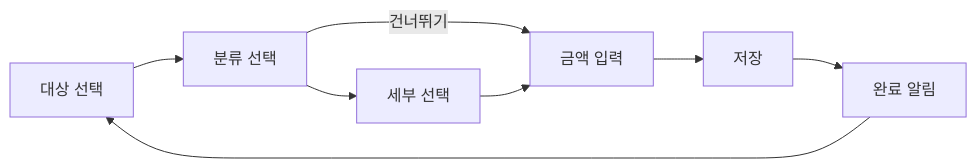
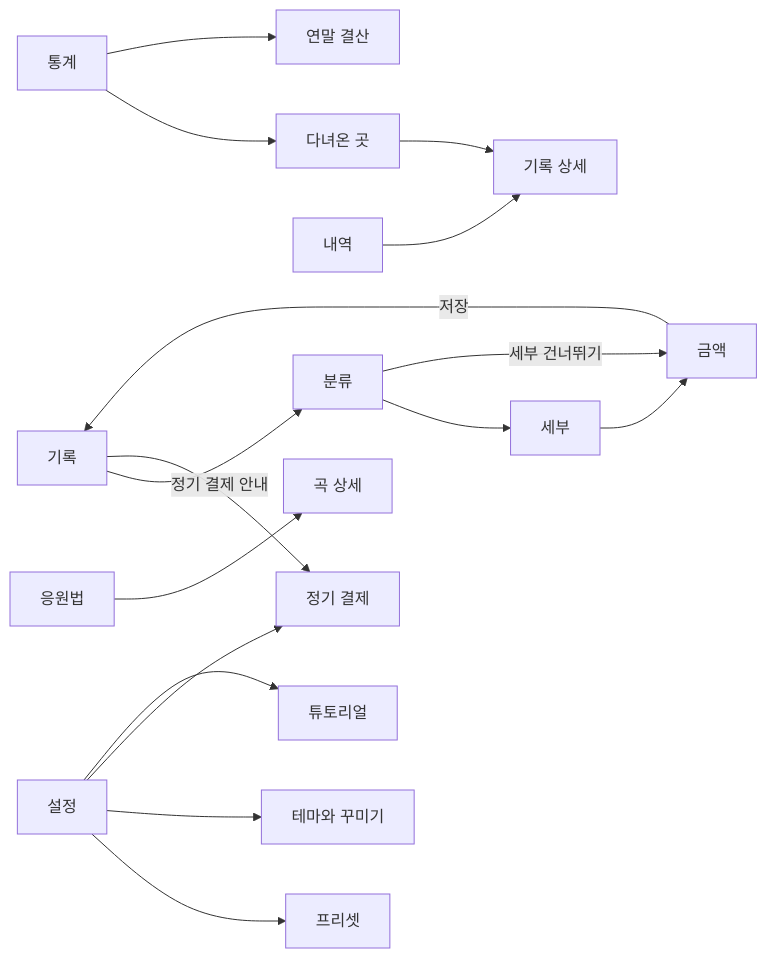
The second of 2 diagrams in STORYBOARD.md (sansoll/my-favorites), drawn with Mermaid before and after one commit. The commit also changed other lines of this file, not shown here.

````diff
--- a/STORYBOARD.md
+++ b/STORYBOARD.md
@@ -115,10 +44,16 @@
 ```mermaid
 flowchart LR
-    A[대상 선택] --> B[분류 선택]
-    B --> C[세부 선택]
-    B -- 건너뛰기 --> D
-    C --> D[금액 입력]
-    D --> E[저장]
-    E --> F[완료 알림]
-    F --> A
+    기록 --> 분류 --> 세부 --> 금액
+    분류 -- 세부 건너뛰기 --> 금액
+    금액 -- 저장 --> 기록
+    기록 -- 정기 결제 안내 --> 정기결제[정기 결제]
+    내역 --> 상세[기록 상세]
+    통계 --> 다녀온곳[다녀온 곳]
+    통계 --> 결산[연말 결산]
+    다녀온곳 --> 상세
+    응원법 --> 곡[곡 상세]
+    설정 --> 프리셋
+    설정 --> 테마[테마와 꾸미기]
+    설정 --> 정기결제
+    설정 --> 튜토리얼
 ```
````
